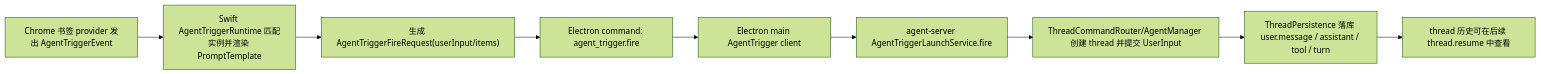
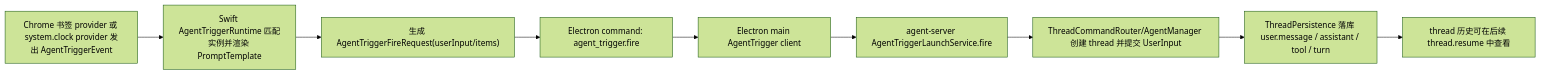
One commit to Lixuhang987/Wisp-Pocket changed the second of 5 diagrams in docs/medium-powers/plans/2026-06-18-agenttrigger.md. Above: the diagram before and after it, drawn with Mermaid (forest theme). The commit also changed other lines of this file and 1 other file, not shown here.

Commit message:
docs: add system clock AgentTrigger

````diff
--- a/docs/medium-powers/plans/2026-06-18-agenttrigger.md
+++ b/docs/medium-powers/plans/2026-06-18-agenttrigger.md
@@ -174,11 +178,11 @@
 ```mermaid
 flowchart LR
-    A["Chrome 书签 provider 发出 AgentTriggerEvent"] --> B["Swift AgentTriggerRuntime 匹配实例并渲染 PromptTemplate"]
+    A["Chrome 书签 provider 或 system.clock provider 发出 AgentTriggerEvent"] --> B["Swift AgentTriggerRuntime 匹配实例并渲染 PromptTemplate"]
     B --> C["生成 AgentTriggerFireRequest(userInput/items)"]
     C --> D["Electron command: agent_trigger.fire"]
     D --> E["Electron main AgentTrigger client"]
     E --> F["agent-server AgentTriggerLaunchService.fire"]
     F --> G["ThreadCommandRouter/AgentManager 创建 thread 并提交 UserInput"]
     G --> H["ThreadPersistence 落库 user.message / assistant / tool / turn"]
     H --> I["thread 历史可在后续 thread.resume 中查看"]
 ```
````
